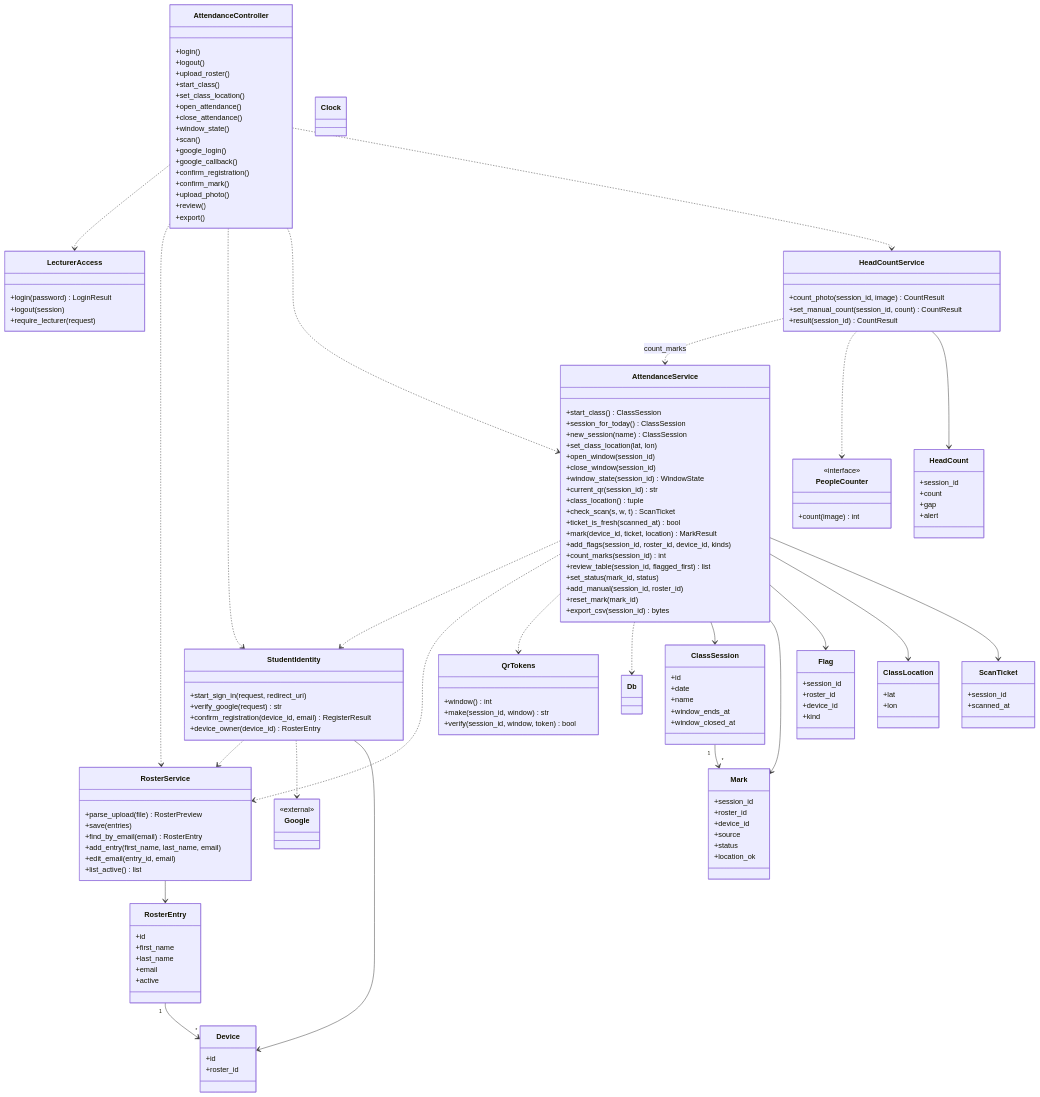
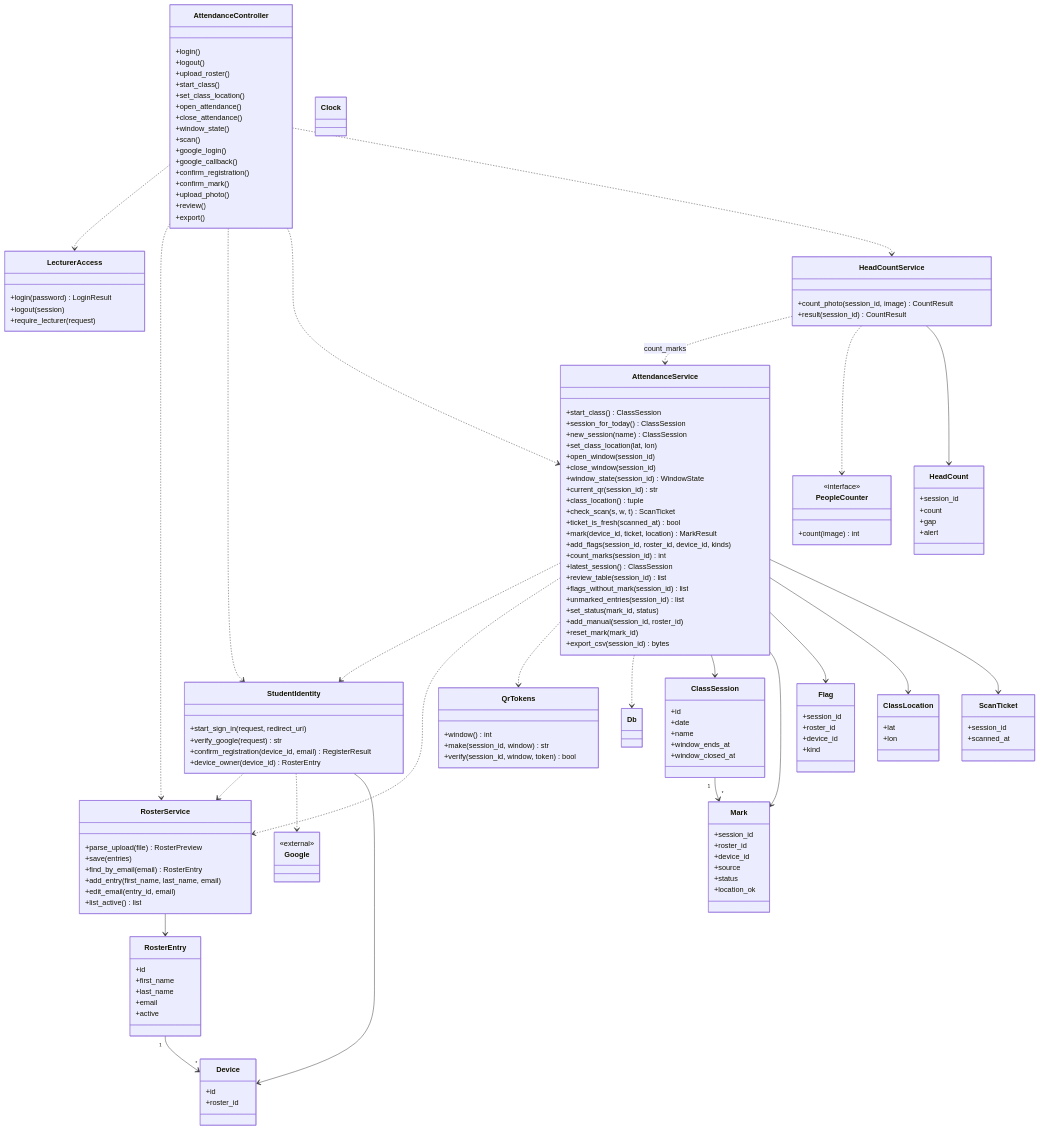
One commit to Gashaw-ambaw/Ex2 changed the first of 7 diagrams in docs/edd.md. Above: the diagram before and after it, drawn with Mermaid. The commit also changed other lines of this file and 6 other files, not shown here.

```diff
--- a/docs/edd.md
+++ b/docs/edd.md
@@ -72,7 +72,10 @@
     +mark(device_id, ticket, location) MarkResult
     +add_flags(session_id, roster_id, device_id, kinds)
     +count_marks(session_id) int
-    +review_table(session_id, flagged_first) list
+    +latest_session() ClassSession
+    +review_table(session_id) list
+    +flags_without_mark(session_id) list
+    +unmarked_entries(session_id) list
     +set_status(mark_id, status)
     +add_manual(session_id, roster_id)
     +reset_mark(mark_id)
@@ -85,7 +88,6 @@
   }
   class HeadCountService {
     +count_photo(session_id, image) CountResult
-    +set_manual_count(session_id, count) CountResult
     +result(session_id) CountResult
   }
   class PeopleCounter {
```
